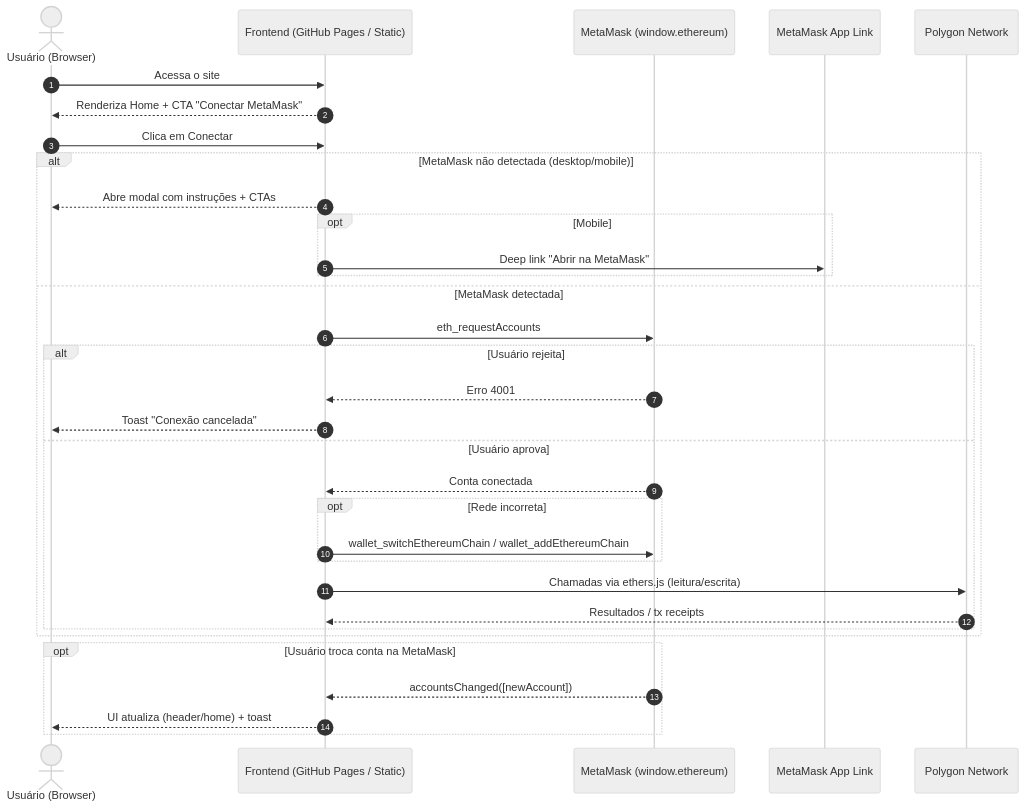
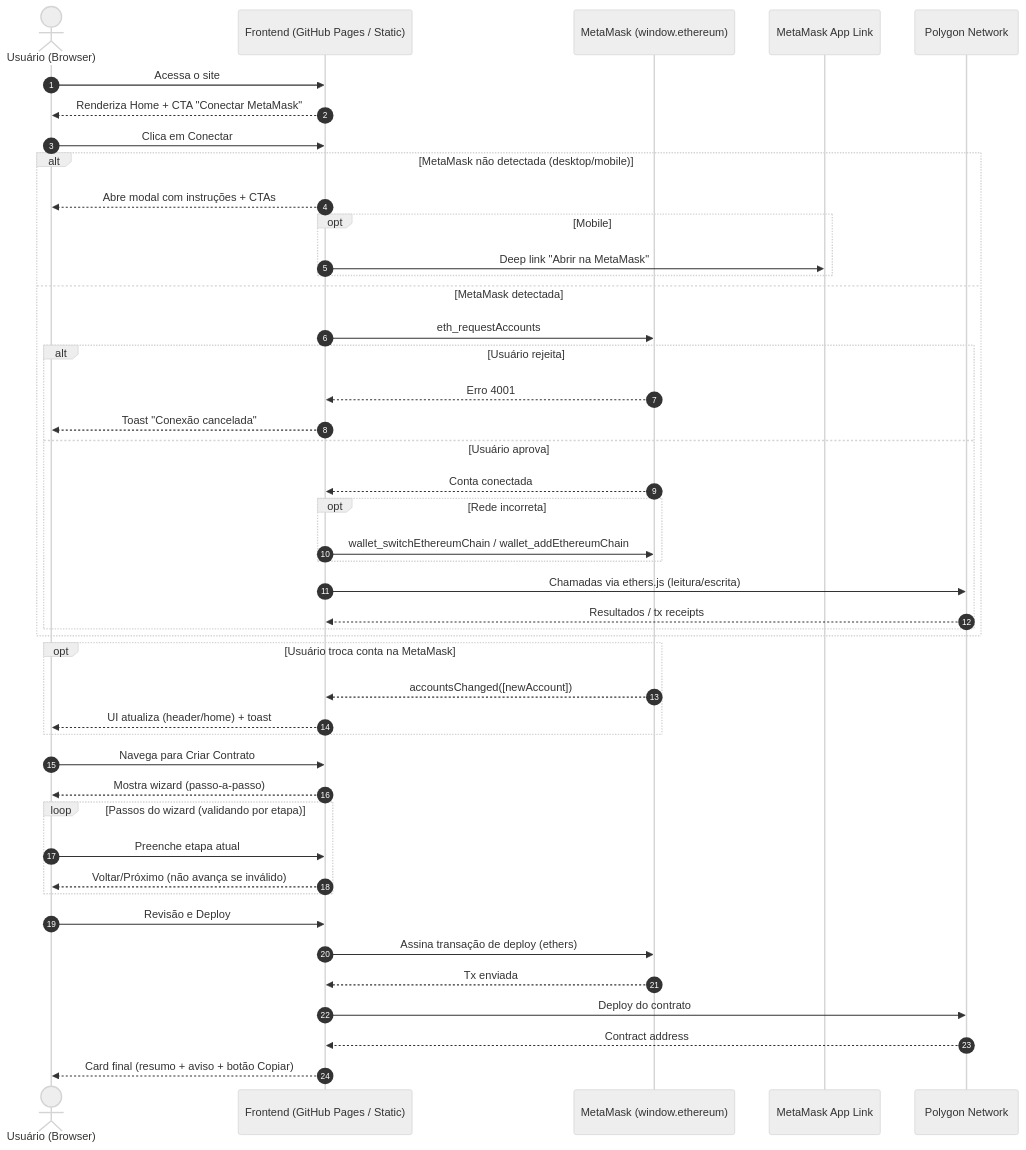
Before and after one commit to Dkubitz/Deal-FiV2: the diagram in .architecture/runtime.mmd, drawn with Mermaid (neutral theme). The commit also changed 12 other files, not shown here.

First line of the commit message:
feat: wizard de criaÃ§Ã£o de contrato (mobile-first)

```diff
--- a/.architecture/runtime.mmd
+++ b/.architecture/runtime.mmd
@@ -1,36 +1,49 @@
 sequenceDiagram
   autonumber
   actor U as Usuário (Browser)
   participant FE as Frontend (GitHub Pages / Static)
   participant MM as MetaMask (window.ethereum)
   participant MMDL as MetaMask App Link
   participant PX as Polygon Network
 
   U->>FE: Acessa o site
   FE-->>U: Renderiza Home + CTA "Conectar MetaMask"
 
   U->>FE: Clica em Conectar
   alt MetaMask não detectada (desktop/mobile)
     FE-->>U: Abre modal com instruções + CTAs
     opt Mobile
       FE->>MMDL: Deep link "Abrir na MetaMask"
     end
   else MetaMask detectada
     FE->>MM: eth_requestAccounts
     alt Usuário rejeita
       MM-->>FE: Erro 4001
       FE-->>U: Toast "Conexão cancelada"
     else Usuário aprova
       MM-->>FE: Conta conectada
       opt Rede incorreta
         FE->>MM: wallet_switchEthereumChain / wallet_addEthereumChain
       end
       FE->>PX: Chamadas via ethers.js (leitura/escrita)
       PX-->>FE: Resultados / tx receipts
     end
   end
 
   opt Usuário troca conta na MetaMask
     MM-->>FE: accountsChanged([newAccount])
     FE-->>U: UI atualiza (header/home) + toast
   end
+
+  U->>FE: Navega para Criar Contrato
+  FE-->>U: Mostra wizard (passo-a-passo)
+  loop Passos do wizard (validando por etapa)
+    U->>FE: Preenche etapa atual
+    FE-->>U: Voltar/Próximo (não avança se inválido)
+  end
+  U->>FE: Revisão e Deploy
+  FE->>MM: Assina transação de deploy (ethers)
+  MM-->>FE: Tx enviada
+  FE->>PX: Deploy do contrato
+  PX-->>FE: Contract address
+  FE-->>U: Card final (resumo + aviso + botão Copiar)
```
